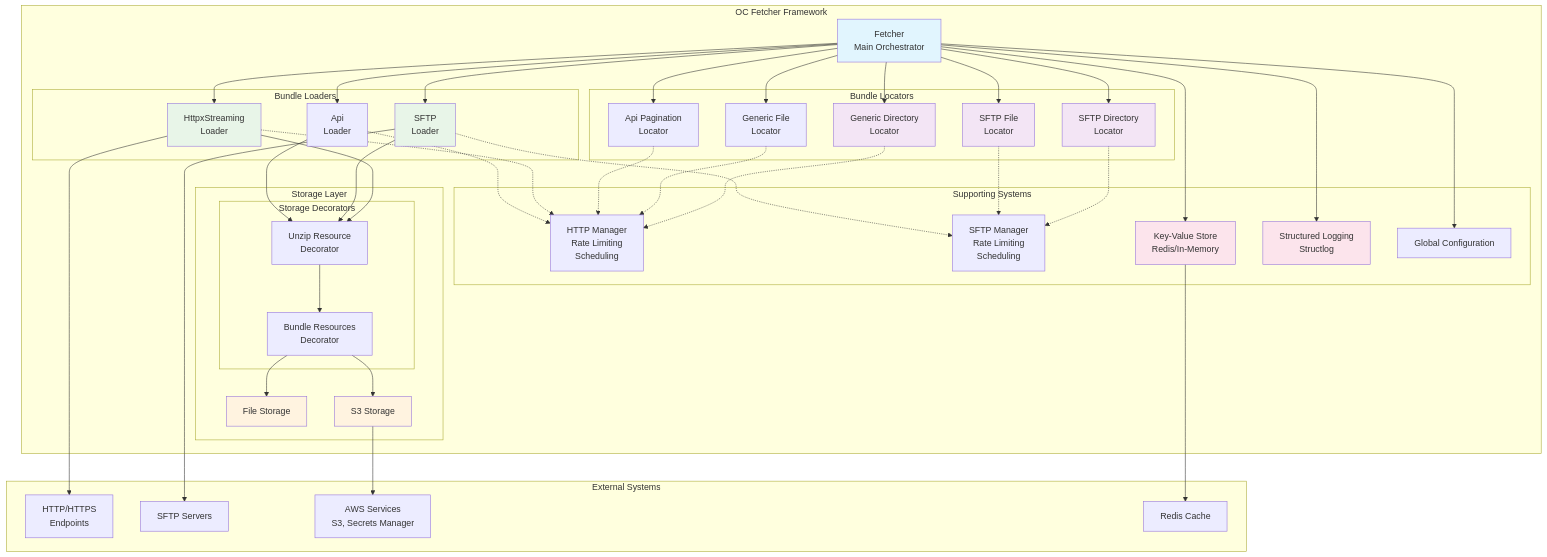
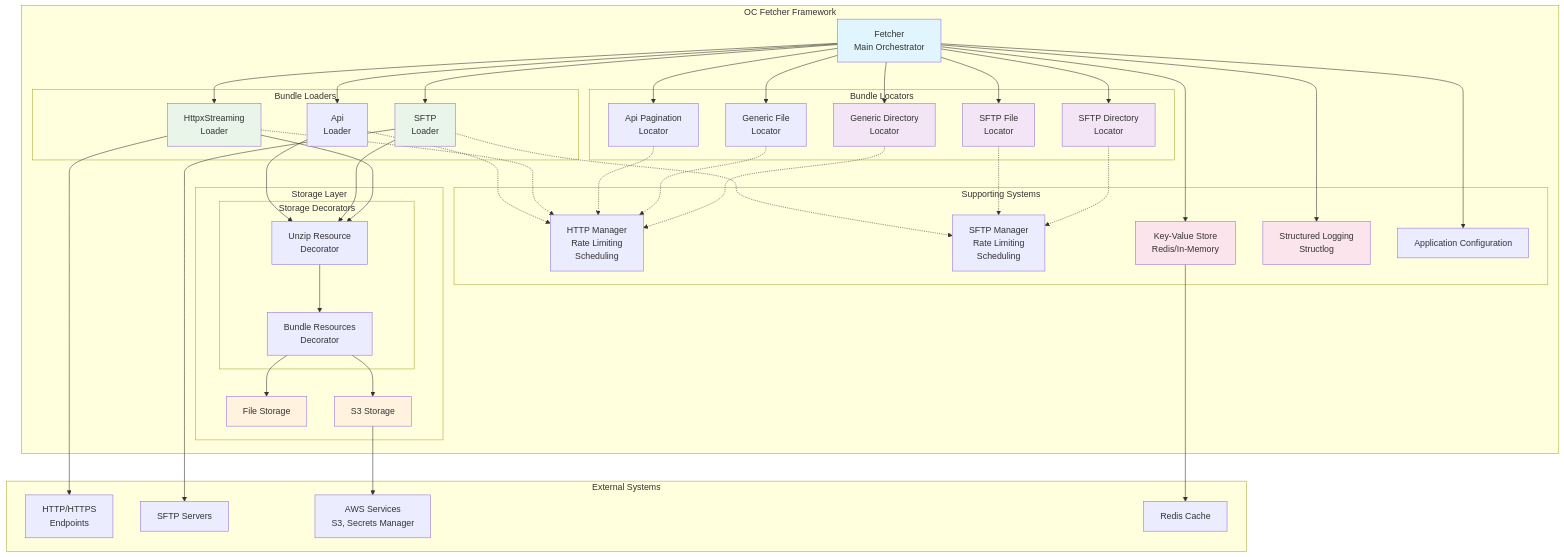
One commit to oc-ben-ellis/data-fetcher-app changed the diagram in docs/diagrams/high_level_architecture.mmd. Above: the diagram before and after it, drawn with Mermaid. The commit also changed 96 other files, not shown here.

```diff
--- a/docs/diagrams/high_level_architecture.mmd
+++ b/docs/diagrams/high_level_architecture.mmd
@@ -1,95 +1,95 @@
 graph TB
     subgraph "OC Fetcher Framework"
         Fetcher[Fetcher<br/>Main Orchestrator]
 
         subgraph "Bundle Locators"
             FP1[SFTP Directory<br/>Locator]
             FP2[SFTP File<br/>Locator]
             FP3[Generic Directory<br/>Locator]
             FP4[Generic File<br/>Locator]
             FP5[Api Pagination<br/>Locator]
         end
 
         subgraph "Bundle Loaders"
             DL1[HttpxStreaming<br/>Loader]
             DL2[SFTP<br/>Loader]
             DL3[Api<br/>Loader]
         end
 
         subgraph "Storage Layer"
             BS1[File Storage]
             BS2[S3 Storage]
 
             subgraph "Storage Decorators"
                 SD1[Unzip Resource<br/>Decorator]
 
                 SD3[Bundle Resources<br/>Decorator]
             end
         end
 
         subgraph "Supporting Systems"
             PM1[HTTP Manager<br/>Rate Limiting<br/>Scheduling]
             PM2[SFTP Manager<br/>Rate Limiting<br/>Scheduling]
             KV[Key-Value Store<br/>Redis/In-Memory]
             LOG[Structured Logging<br/>Structlog]
-            CONFIG[Global Configuration]
+            CONFIG[Application Configuration]
         end
     end
 
     subgraph "External Systems"
         HTTP[HTTP/HTTPS<br/>Endpoints]
         SFTP[SFTP Servers]
         AWS[AWS Services<br/>S3, Secrets Manager]
         REDIS[Redis Cache]
     end
 
     %% Main flow
     Fetcher --> FP1
     Fetcher --> FP2
     Fetcher --> FP3
     Fetcher --> FP4
     Fetcher --> FP5
 
     Fetcher --> DL1
     Fetcher --> DL2
     Fetcher --> DL3
 
     DL1 --> SD1
     DL2 --> SD1
     DL3 --> SD1
 
     SD1 --> SD3
     SD3 --> BS1
     SD3 --> BS2
 
     %% External connections
     DL1 --> HTTP
     DL2 --> SFTP
     BS2 --> AWS
     KV --> REDIS
 
     %% Supporting connections
     Fetcher --> KV
     Fetcher --> LOG
     Fetcher --> CONFIG
 
     %% Protocol Manager connections (used by both locators and loaders)
     FP1 -.-> PM2
     FP2 -.-> PM2
     FP3 -.-> PM1
     FP4 -.-> PM1
     FP5 -.-> PM1
     DL1 -.-> PM1
     DL2 -.-> PM2
     DL3 -.-> PM1
 
     style Fetcher fill:#e1f5fe
     style FP1 fill:#f3e5f5
     style FP2 fill:#f3e5f5
     style FP3 fill:#f3e5f5
     style DL1 fill:#e8f5e8
     style DL2 fill:#e8f5e8
     style BS1 fill:#fff3e0
     style BS2 fill:#fff3e0
     style KV fill:#fce4ec
     style LOG fill:#fce4ec
```
